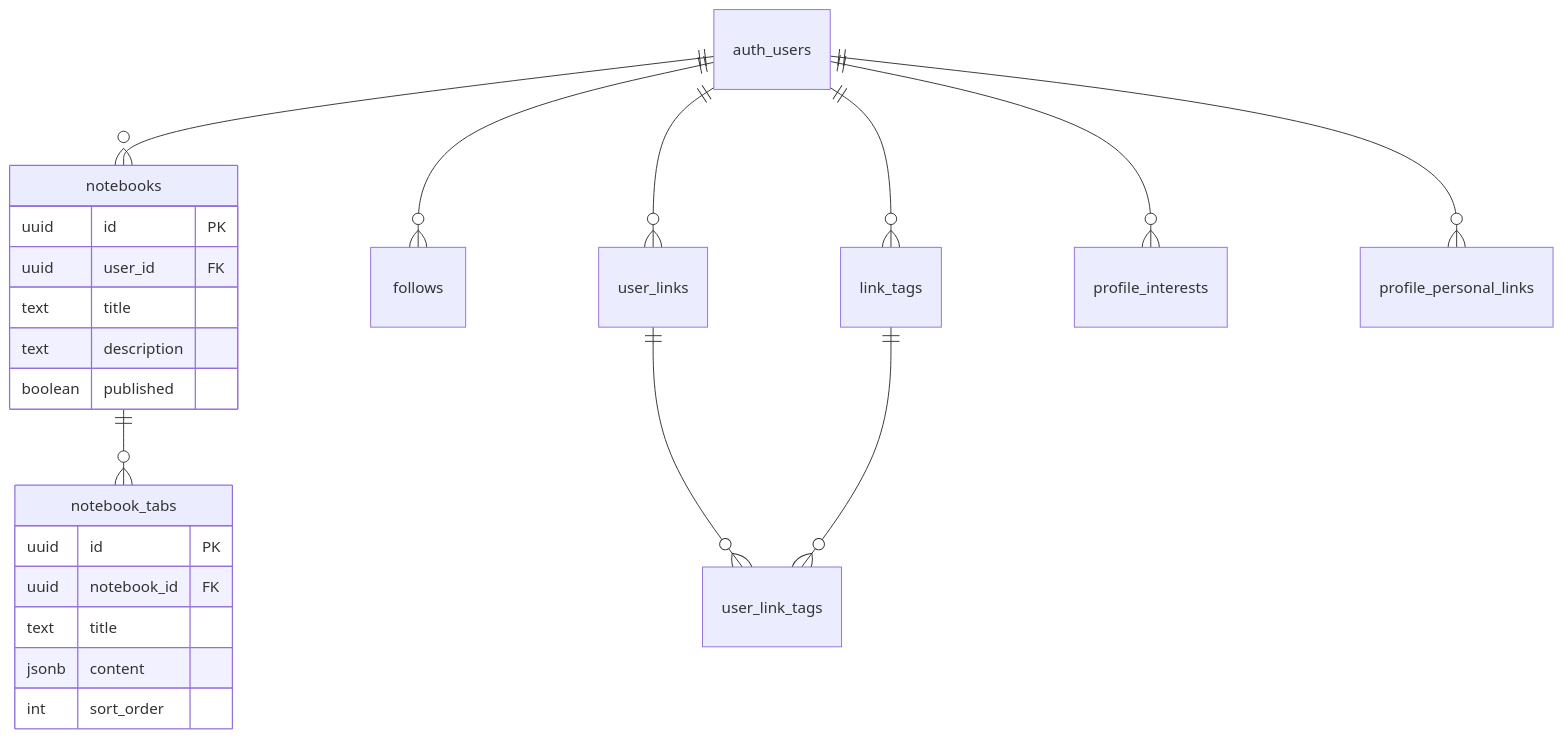
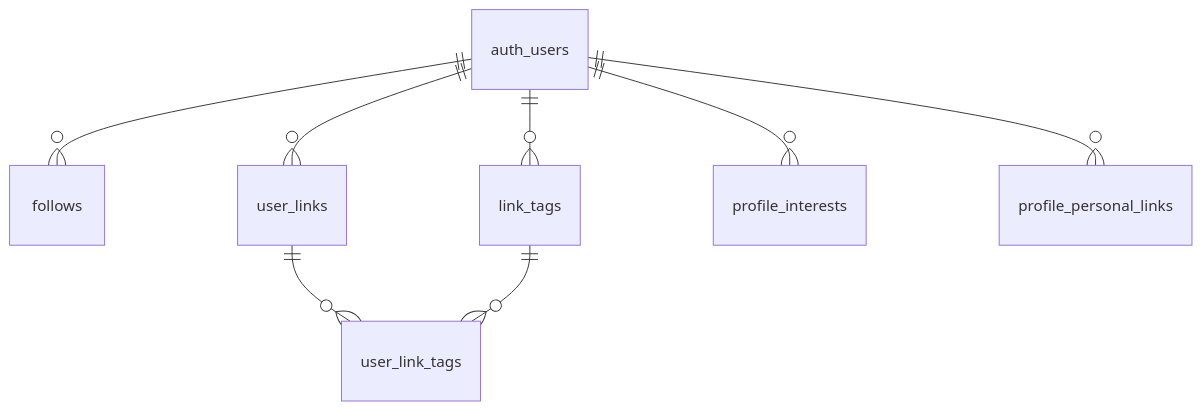
One commit to coursetexts/notion-site changed the seventh of 10 diagrams in docs/database.md. Above: the diagram before and after it, drawn with Mermaid. The commit also changed other lines of this file and 89 other files, not shown here.

````diff
--- a/docs/database.md
+++ b/docs/database.md
@@ -423,28 +404,10 @@
 ```mermaid
 erDiagram
-  auth_users ||--o{ notebooks : ""
-  notebooks ||--o{ notebook_tabs : ""
   auth_users ||--o{ follows : ""
   auth_users ||--o{ user_links : ""
   auth_users ||--o{ link_tags : ""
   user_links ||--o{ user_link_tags : ""
   link_tags ||--o{ user_link_tags : ""
   auth_users ||--o{ profile_interests : ""
   auth_users ||--o{ profile_personal_links : ""
-
-  notebooks {
-    uuid id PK
-    uuid user_id FK
-    text title
-    text description
-    boolean published
-  }
-
-  notebook_tabs {
-    uuid id PK
-    uuid notebook_id FK
-    text title
-    jsonb content
-    int sort_order
-  }
 ```
````
